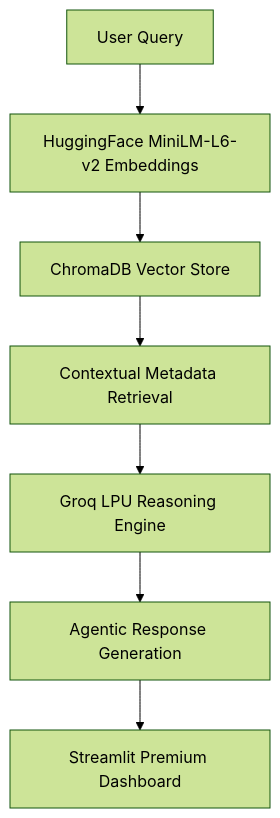
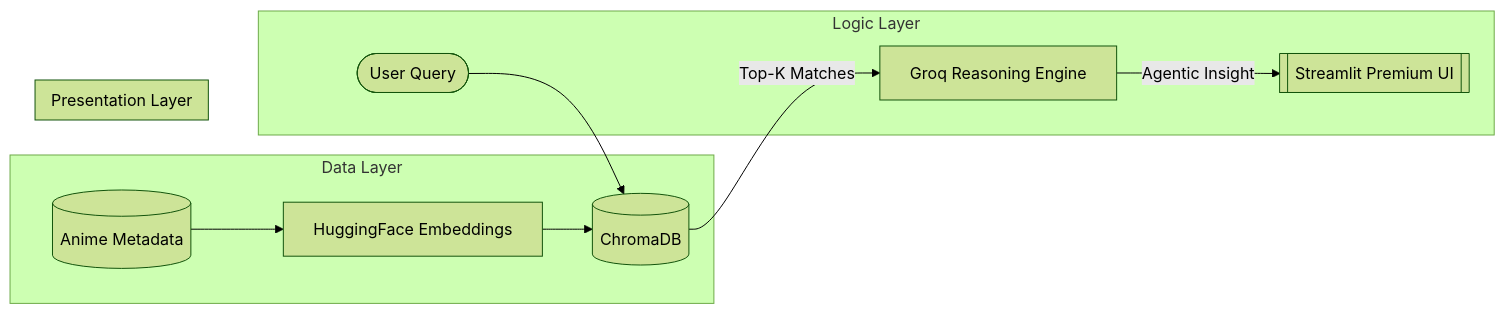
The diagram in README.md (Ratnesh-181998/Agentic-RAG-Anime-Recommender-System), drawn with Mermaid (forest theme) before and after one commit. The commit also changed other lines of this file, not shown here.

Commit message:
Uplift README to Global Professional Standards: Added Structure, Roadmap, and Cloud Deployment Tables

````diff
--- a/README.md
+++ b/README.md
@@ -61,9 +54,17 @@
 ```mermaid
-graph TD
-    A[User Query] --> B[HuggingFace MiniLM-L6-v2 Embeddings]
-    B --> C[ChromaDB Vector Store]
-    C --> D[Contextual Metadata Retrieval]
-    D --> E[Groq LPU Reasoning Engine]
-    E --> F[Agentic Response Generation]
-    F --> G[Streamlit Premium Dashboard]
+graph LR
+    subgraph Data Layer
+    CSV[(Anime Metadata)] --> EMD[HuggingFace Embeddings]
+    EMD --> VDB[(ChromaDB)]
+    end
+
+    subgraph Logic Layer
+    User([User Query]) --> VDB
+    VDB -- Top-K Matches --> RE[Groq Reasoning Engine]
+    RE -- Agentic Insight --> UI
+    end
+
+    subgraph Presentation Layer
+    UI[[Streamlit Premium UI]]
+    end
 ```
````
